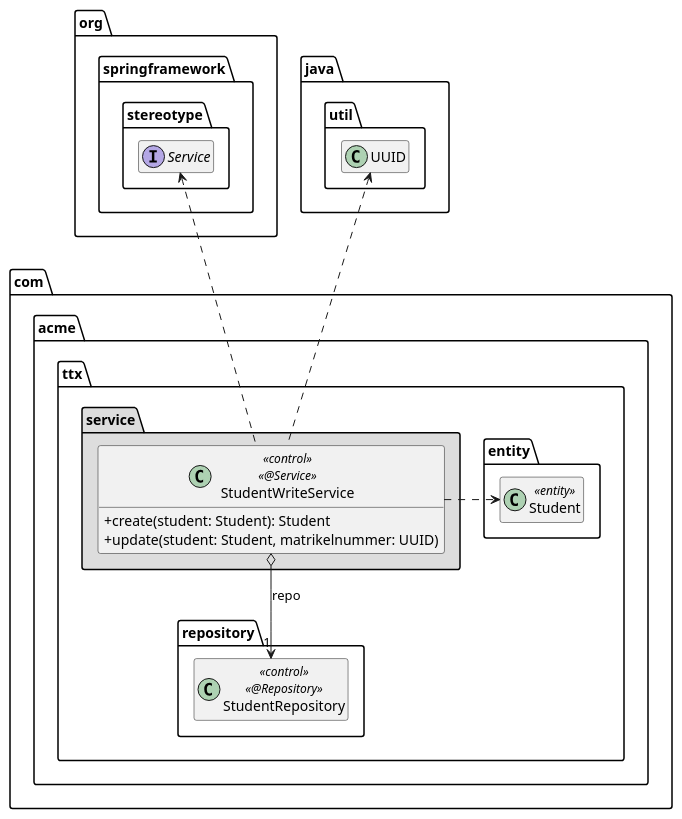
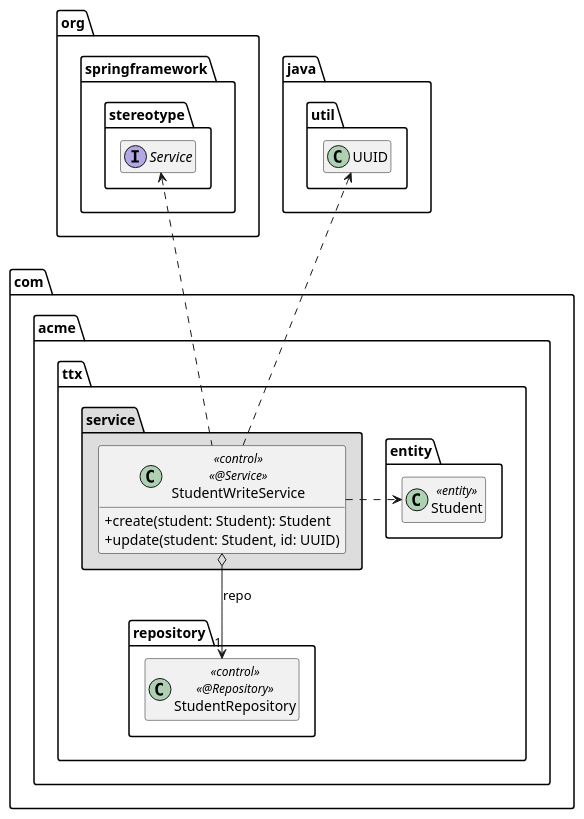
The diagram in extras/doc/StudentWriteService.puml (thanhxt/StudentServer), drawn with PlantUML before and after one commit. The commit also changed 9 other files, not shown here.

Commit message:
plantuml diagramms updated

```diff
--- a/extras/doc/StudentWriteService.puml
+++ b/extras/doc/StudentWriteService.puml
@@ -1,36 +1,36 @@
 @startuml StudentWriteService
 
 skinparam classAttributeIconSize 0
 
 package org.springframework.stereotype {
     interface Service
 }
 
 package java.util {
     class UUID
 }
 
 package com.acme.ttx {
     package entity {
         class Student << entity >>
     }
 
     package repository {
         class StudentRepository << control >> << @Repository >>
     }
 
     package service #DDDDDD {
         class StudentWriteService << control >> << @Service >> {
             + create(student: Student): Student
-            + update(student: Student, matrikelnummer: UUID)
+            + update(student: Student, id: UUID)
         }
 
         StudentWriteService o--> "1" StudentRepository : repo
         StudentWriteService .right.> Student
         StudentWriteService .up.> Service
         StudentWriteService .up.> UUID
     }
 }
 
 hide empty members
 @enduml
```
